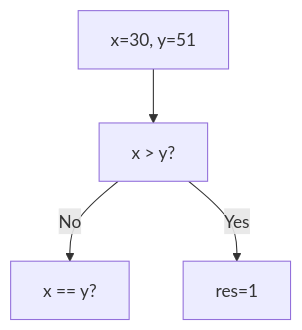
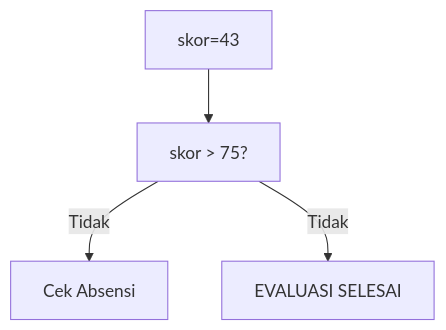
Before and after one commit to amnahwaida/OSNK_INF_PREP: the tenth of 25 diagrams in part-c-pemahaman-cpp/02-percabangan/latihan/set-12.md, drawn with Mermaid. The commit also changed other lines of this file and 71 other files, not shown here.

````diff
--- a/part-c-pemahaman-cpp/02-percabangan/latihan/set-12.md
+++ b/part-c-pemahaman-cpp/02-percabangan/latihan/set-12.md
@@ -281,6 +288,6 @@
 ```mermaid
 graph TD
-A["x=30, y=51"] --> B["x > y?"]
-B -- No --> C["x == y?"]
-B -- Yes --> D[res=1]
+A["skor=43"] --> B["skor > 75?"]
+B -- Tidak --> C["Cek Absensi"]
+B -- Tidak --> D["EVALUASI SELESAI"]
 ```
````
